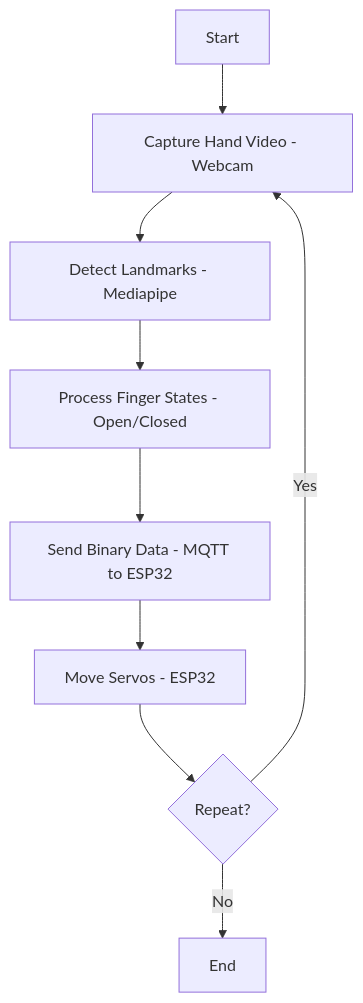
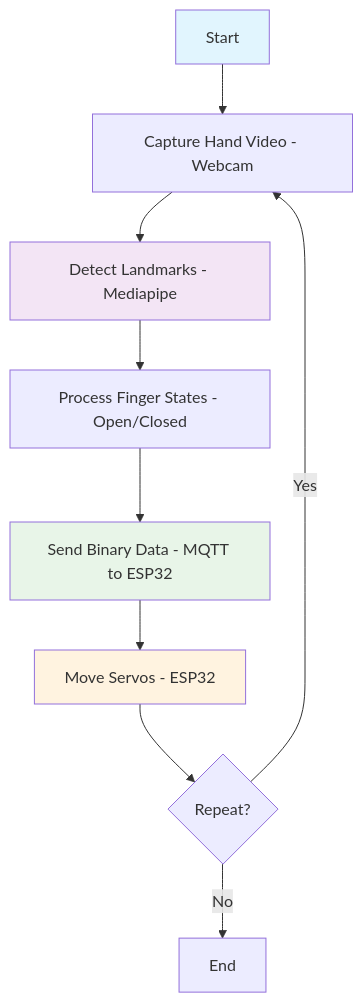
The diagram in README.md (ficrammanifur/Gesture-Clone-Robot), drawn with Mermaid before and after one commit. The commit also changed other lines of this file, not shown here.

````diff
--- a/README.md
+++ b/README.md
@@ -92,11 +107,16 @@
 ```mermaid
 graph TD
     A[Start] --> B[Capture Hand Video - Webcam]
     B --> C[Detect Landmarks - Mediapipe]
     C --> D[Process Finger States - Open/Closed]
     D --> E[Send Binary Data - MQTT to ESP32]
     E --> F[Move Servos - ESP32]
     F --> G{Repeat?}
     G -->|Yes| B
     G -->|No| H[End]
+    
+    style A fill:#e1f5fe
+    style C fill:#f3e5f5
+    style E fill:#e8f5e8
+    style F fill:#fff3e0
 ```
````
